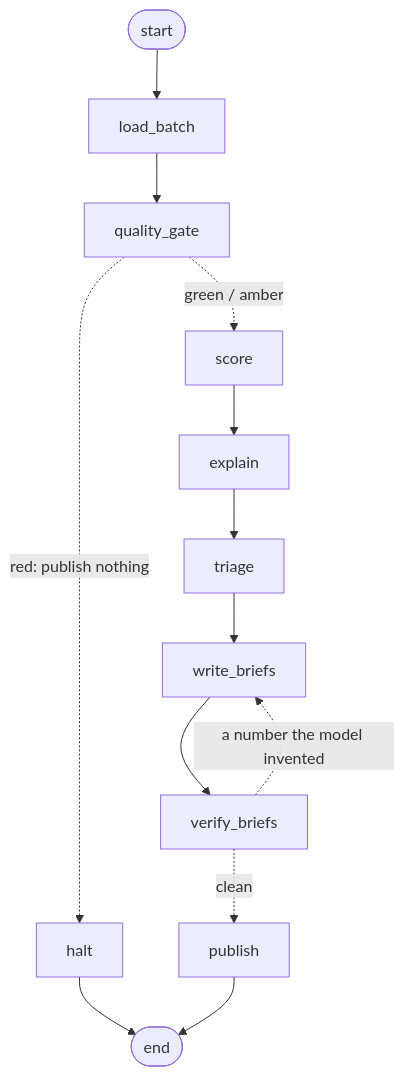
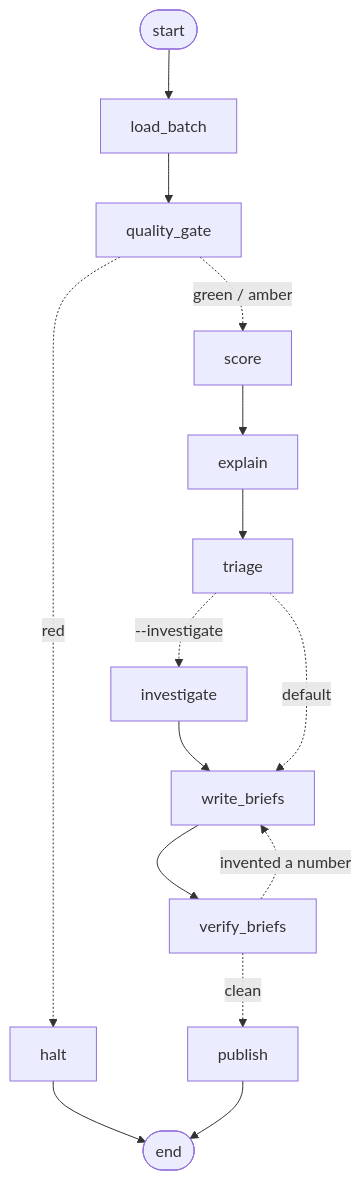
Before and after one commit to kb2326/cordilla-account-scoring: the fifth of 5 diagrams in README.md, drawn with Mermaid. The commit also changed other lines of this file and 1 other file, not shown here.

First line of the commit message:
README rewritten around the architecture; benchmark the assumptions

````diff
--- a/README.md
+++ b/README.md
@@ -116,15 +132,15 @@
 ```mermaid
-graph TD;
-    __start__([start]) --> load_batch
+flowchart TD
+    start(["start"]) --> load_batch
     load_batch --> quality_gate
-    quality_gate -. "red: publish nothing" .-> halt
+    quality_gate -. "red" .-> halt
     quality_gate -. "green / amber" .-> score
-    score --> explain
-    explain --> triage
-    triage --> write_briefs
+    score --> explain --> triage
+    triage -. "--investigate" .-> investigate --> write_briefs
+    triage -. "default" .-> write_briefs
     write_briefs --> verify_briefs
-    verify_briefs -. "a number the model invented" .-> write_briefs
+    verify_briefs -. "invented a number" .-> write_briefs
     verify_briefs -. "clean" .-> publish
-    halt --> __end__([end])
-    publish --> __end__
+    halt --> finish(["end"])
+    publish --> finish
 ```
````
